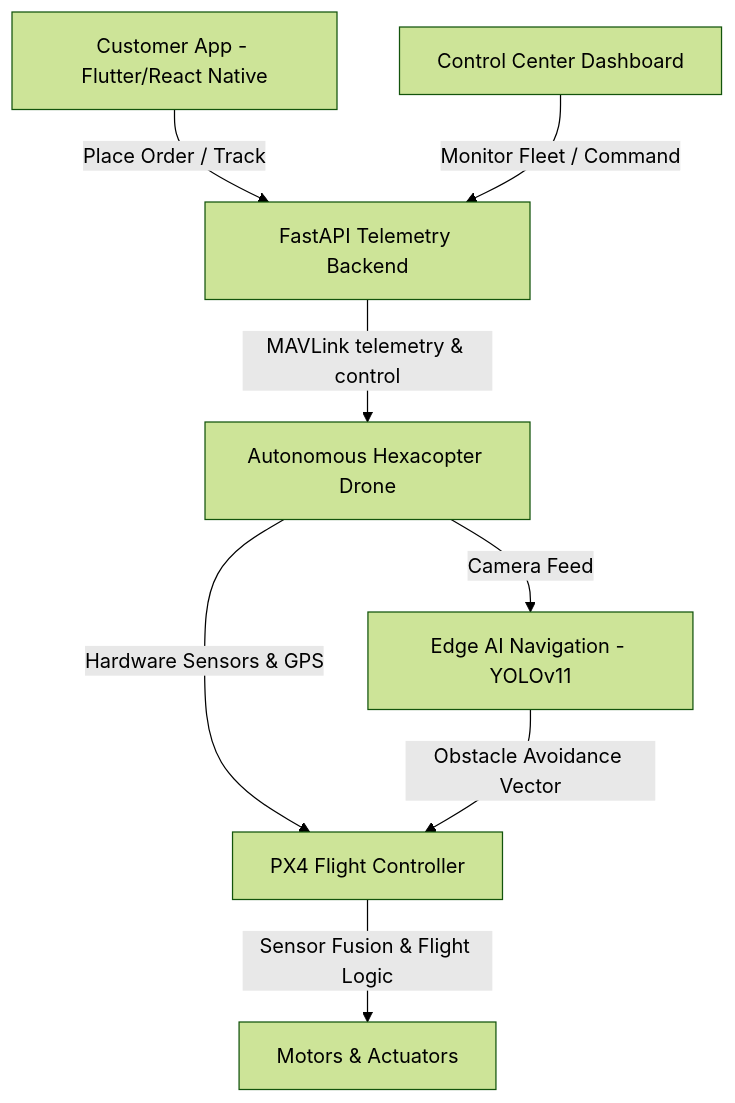
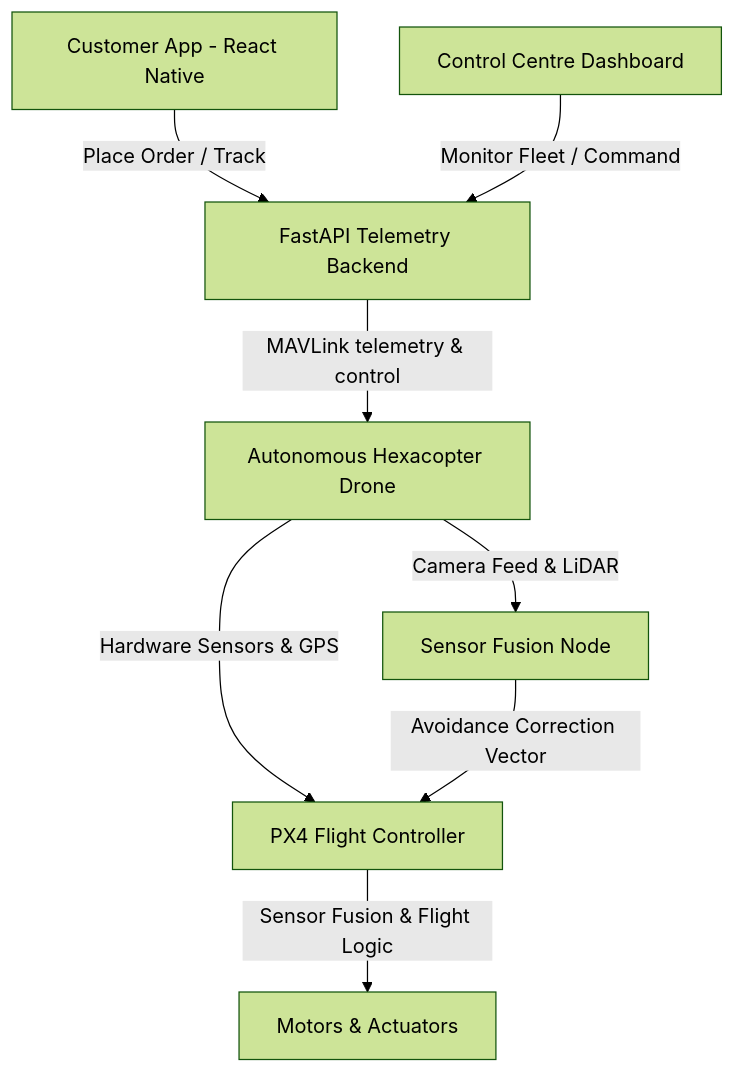
One commit to 438malludiswardhanreddy-sketch/DAD-Direct-Aerial-Delivery changed the diagram in README.md. Above: the diagram before and after it, drawn with Mermaid (forest theme). The commit also changed other lines of this file and 18 other files, not shown here.

Commit message:
Restructure AI module into sensor_fusion and autonomous folders, add GitHub CI workflow, update documentation to Indian English student style, and add architecture PNG diagrams

````diff
--- a/README.md
+++ b/README.md
@@ -13,10 +21,10 @@
 ```mermaid
 graph TD
-    App[Customer App - Flutter/React Native] -->|Place Order / Track| Cloud[FastAPI Telemetry Backend]
-    Dashboard[Control Center Dashboard] -->|Monitor Fleet / Command| Cloud
+    App[Customer App - React Native] -->|Place Order / Track| Cloud[FastAPI Telemetry Backend]
+    Dashboard[Control Centre Dashboard] -->|Monitor Fleet / Command| Cloud
     Cloud -->|MAVLink telemetry & control| Drone[Autonomous Hexacopter Drone]
     Drone -->|Hardware Sensors & GPS| FC[PX4 Flight Controller]
     FC -->|Sensor Fusion & Flight Logic| Motor[Motors & Actuators]
-    Drone -->|Camera Feed| AI[Edge AI Navigation - YOLOv11]
-    AI -->|Obstacle Avoidance Vector| FC
+    Drone -->|Camera Feed & LiDAR| SF[Sensor Fusion Node]
+    SF -->|Avoidance Correction Vector| FC
 ```
````
